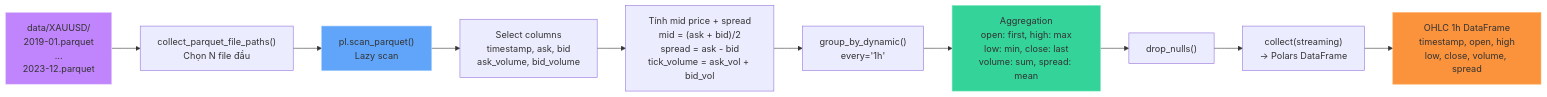
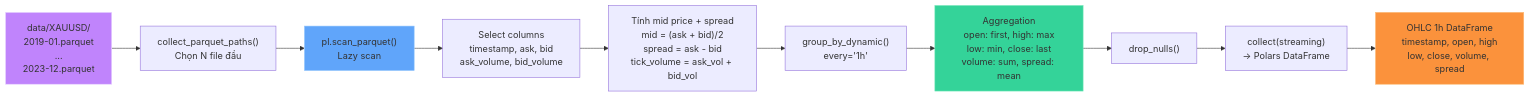
The first of 2 diagrams in docs/data-pipeline.md (ultimateBroK/thesis-compact), drawn with Mermaid before and after one commit. The commit also changed other lines of this file and 51 other files, not shown here.

````diff
--- a/docs/data-pipeline.md
+++ b/docs/data-pipeline.md
@@ -9,17 +9,17 @@
 ```mermaid
 flowchart LR
-    A["data/XAUUSD/<br/>2019-01.parquet<br/>...<br/>2023-12.parquet"] --> B["collect_parquet_file_paths()<br/>Chọn N file đầu"]
+    A["data/XAUUSD/<br/>2019-01.parquet<br/>...<br/>2023-12.parquet"] --> B["collect_parquet_paths()<br/>Chọn N file đầu"]
     B --> C["pl.scan_parquet()<br/>Lazy scan"]
     C --> D["Select columns<br/>timestamp, ask, bid<br/>ask_volume, bid_volume"]
     D --> E["Tính mid price + spread<br/>mid = (ask + bid)/2<br/>spread = ask - bid<br/>tick_volume = ask_vol + bid_vol"]
     E --> F["group_by_dynamic()<br/>every='1h'"]
     F --> G["Aggregation<br/>open: first, high: max<br/>low: min, close: last<br/>volume: sum, spread: mean"]
     G --> H["drop_nulls()"]
     H --> I["collect(streaming)<br/>→ Polars DataFrame"]
     I --> J["OHLC 1h DataFrame<br/>timestamp, open, high<br/>low, close, volume, spread"]
 
     style A fill:#c084fc,stroke:#e9d5ff
     style C fill:#60a5fa,stroke:#93c5fd
     style G fill:#34d399,stroke:#6ee7b7
     style J fill:#fb923c,stroke:#fdba74
 ```
````
